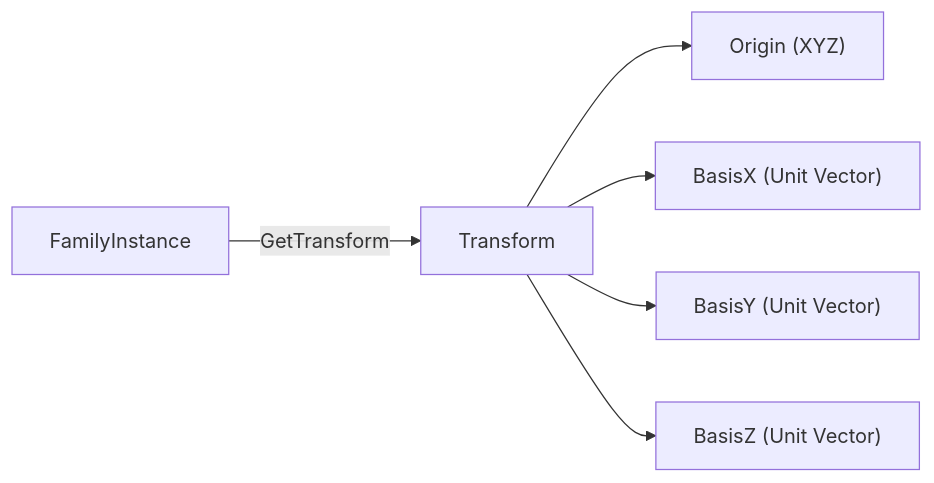
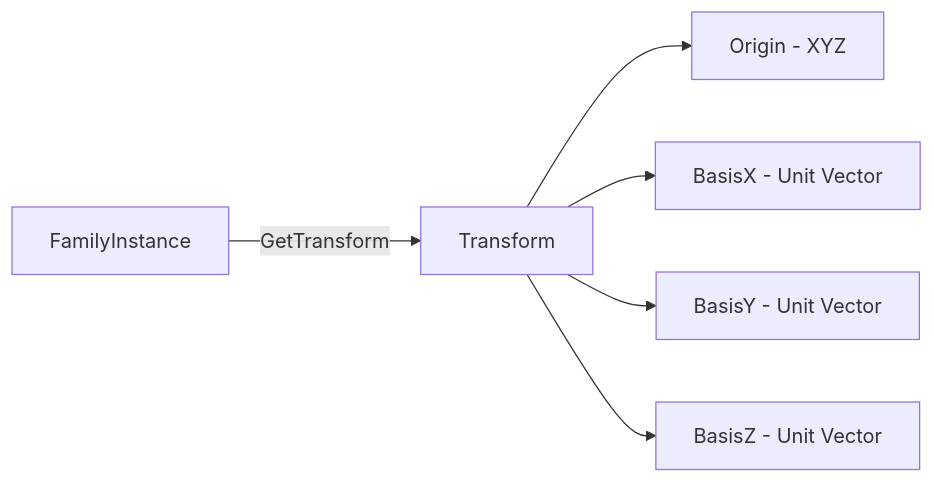
The sixth of 31 diagrams in RevitApiSamples/Samples/TransformModule/TransformModule.md (Mustafa-TOMMY/CommandSamplesRevitApiVer2025), drawn with Mermaid before and after one commit. The commit also changed other lines of this file, not shown here.

Commit message:
Update the mermaid sections

````diff
--- a/RevitApiSamples/Samples/TransformModule/TransformModule.md
+++ b/RevitApiSamples/Samples/TransformModule/TransformModule.md
@@ -223,8 +223,8 @@
 ```mermaid
 flowchart LR
     FI["FamilyInstance"] -->|GetTransform| T["Transform"]
-    T --> O["Origin (XYZ)"]
-    T --> BX["BasisX (Unit Vector)"]
-    T --> BY["BasisY (Unit Vector)"]
-    T --> BZ["BasisZ (Unit Vector)"]
+    T --> O["Origin - XYZ"]
+    T --> BX["BasisX - Unit Vector"]
+    T --> BY["BasisY - Unit Vector"]
+    T --> BZ["BasisZ - Unit Vector"]
 ```
````
